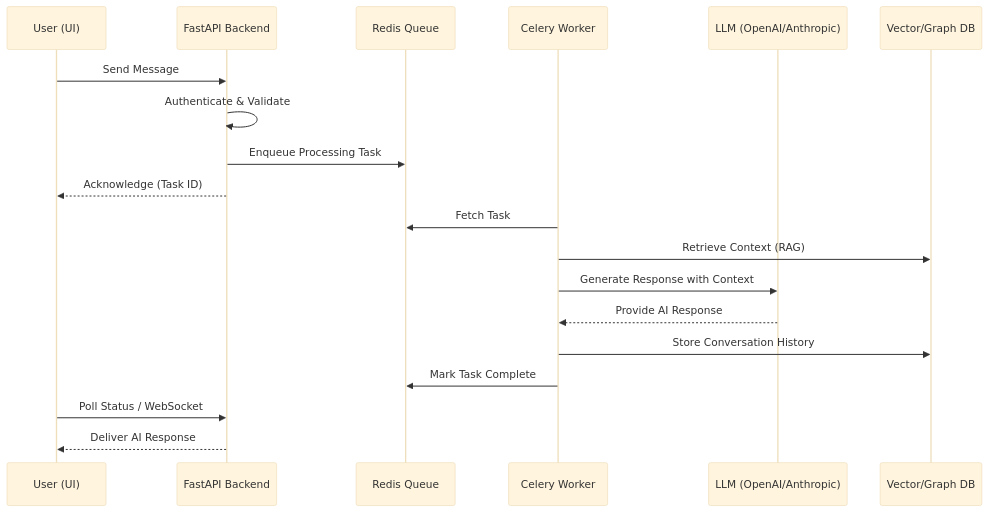
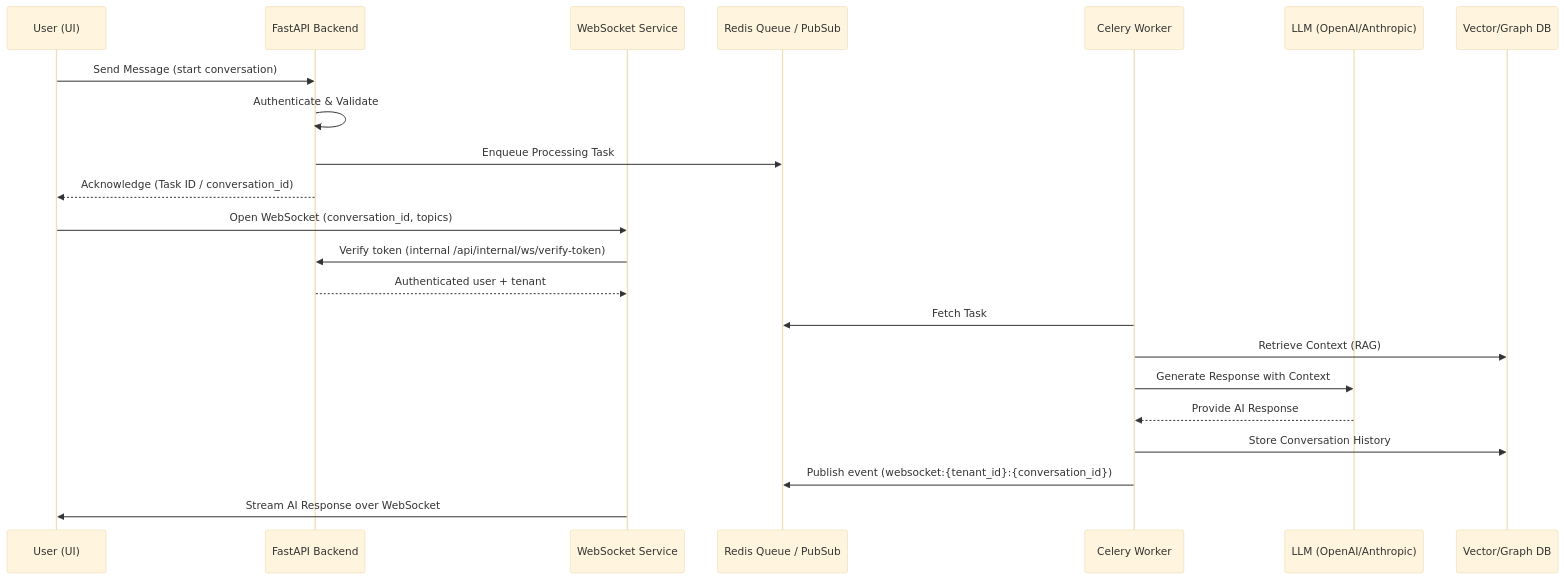
Before and after one commit to RitechSolutions/genassist: the second of 2 diagrams in docs/architecture_diagrams.md, drawn with Mermaid (base theme). The commit also changed other lines of this file and 2 other files, not shown here.

Commit message:
docs: enhance architecture and tech stack documentation for WebSocket service

````diff
--- a/docs/architecture_diagrams.md
+++ b/docs/architecture_diagrams.md
@@ -40,24 +44,28 @@
 ```mermaid
 sequenceDiagram
     participant User as User (UI)
     participant API as FastAPI Backend
-    participant Redis as Redis Queue
+    participant WS as WebSocket Service
+    participant Redis as Redis Queue / PubSub
     participant Worker as Celery Worker
     participant LLM as LLM (OpenAI/Anthropic)
     participant DB as Vector/Graph DB
-    
-    User->>API: Send Message
+
+    User->>API: Send Message (start conversation)
     API->>API: Authenticate & Validate
     API->>Redis: Enqueue Processing Task
-    API-->>User: Acknowledge (Task ID)
-    
+    API-->>User: Acknowledge (Task ID / conversation_id)
+
+    User->>WS: Open WebSocket (conversation_id, topics)
+    WS->>API: Verify token (internal /api/internal/ws/verify-token)
+    API-->>WS: Authenticated user + tenant
+
     Worker->>Redis: Fetch Task
     Worker->>DB: Retrieve Context (RAG)
     Worker->>LLM: Generate Response with Context
     LLM-->>Worker: Provide AI Response
     Worker->>DB: Store Conversation History
-    Worker->>Redis: Mark Task Complete
-    
-    User->>API: Poll Status / WebSocket
-    API-->>User: Deliver AI Response
+    Worker->>Redis: Publish event (websocket:{tenant_id}:{conversation_id})
+
+    WS->>User: Stream AI Response over WebSocket
 ```
````
